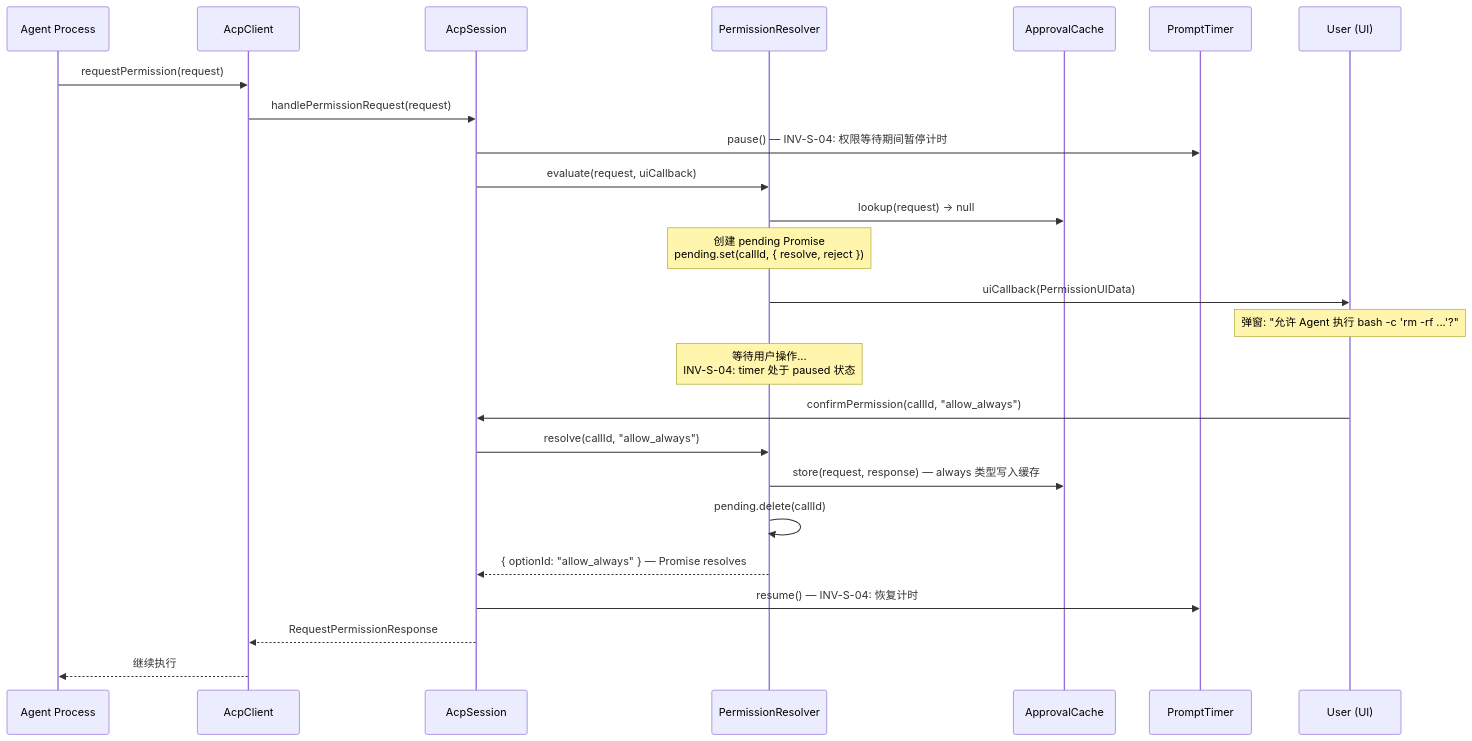
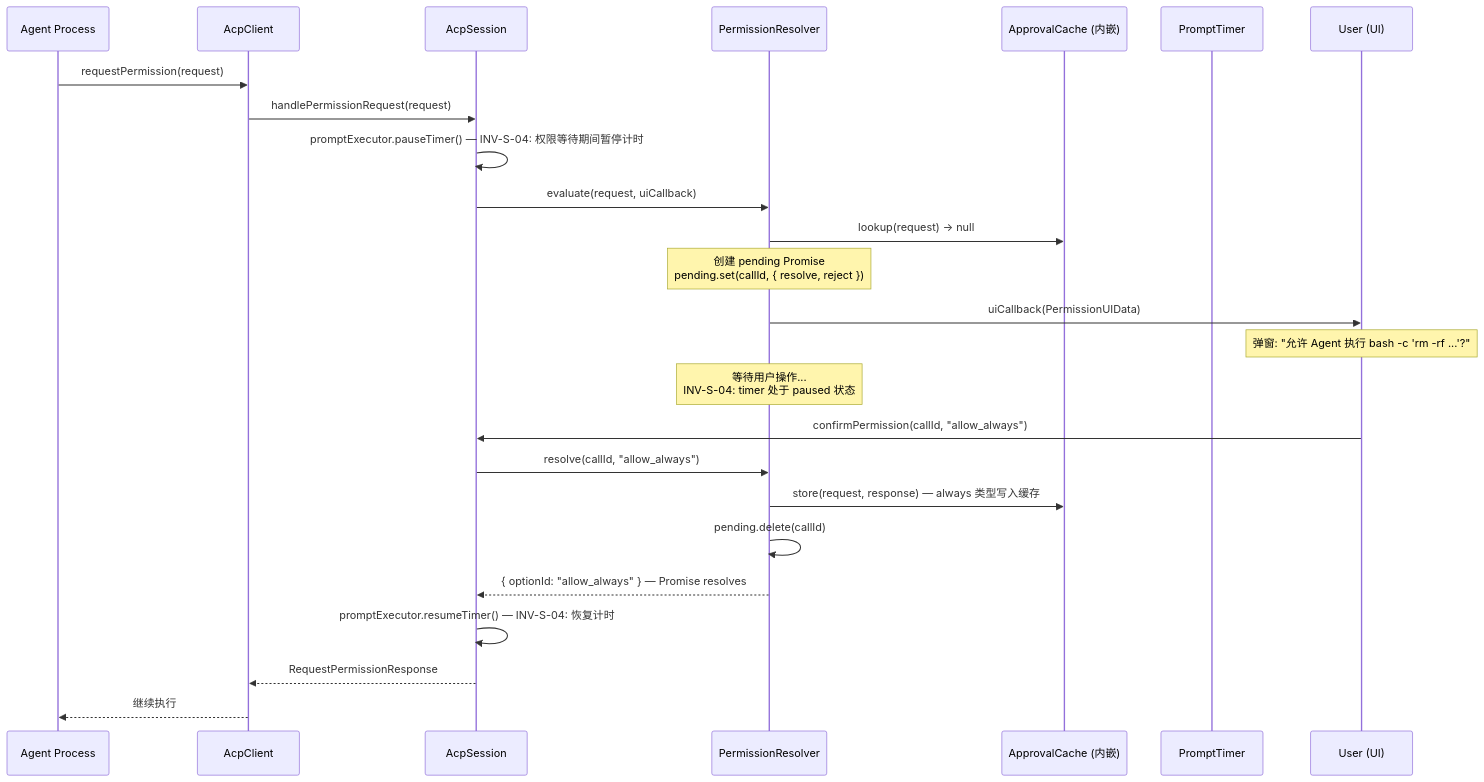
One commit to iOfficeAI/AionUi changed the fifth of 12 diagrams in docs/feature/acp-rewrite/06-scenario-walkthrough.md. Above: the diagram before and after it, drawn with Mermaid. The commit also changed other lines of this file and 5 other files, not shown here.

First line of the commit message:
docs(acp): align acp-rewrite docs with SessionLifecycle/PromptExecutor refactor

````diff
--- a/docs/feature/acp-rewrite/06-scenario-walkthrough.md
+++ b/docs/feature/acp-rewrite/06-scenario-walkthrough.md
@@ -377,31 +378,31 @@
 ```mermaid
 sequenceDiagram
     participant A as Agent Process
     participant CL as AcpClient
     participant S as AcpSession
     participant PP as PermissionResolver
-    participant AC as ApprovalCache
+    participant AC as ApprovalCache (内嵌)
     participant PT as PromptTimer
     participant UI as User (UI)
 
     A->>CL: requestPermission(request)
     CL->>S: handlePermissionRequest(request)
-    S->>PT: pause() — INV-S-04: 权限等待期间暂停计时
+    S->>S: promptExecutor.pauseTimer() — INV-S-04: 权限等待期间暂停计时
     S->>PP: evaluate(request, uiCallback)
     PP->>AC: lookup(request) → null
     Note over PP: 创建 pending Promise<br/>pending.set(callId, { resolve, reject })
     PP->>UI: uiCallback(PermissionUIData)
     Note over UI: 弹窗: "允许 Agent 执行 bash -c 'rm -rf ...'?"
 
     Note over PP: 等待用户操作...<br/>INV-S-04: timer 处于 paused 状态
 
     UI->>S: confirmPermission(callId, "allow_always")
     S->>PP: resolve(callId, "allow_always")
     PP->>AC: store(request, response) — always 类型写入缓存
     PP->>PP: pending.delete(callId)
     PP-->>S: { optionId: "allow_always" } — Promise resolves
 
-    S->>PT: resume() — INV-S-04: 恢复计时
+    S->>S: promptExecutor.resumeTimer() — INV-S-04: 恢复计时
     S-->>CL: RequestPermissionResponse
     CL-->>A: 继续执行
 ```
````
